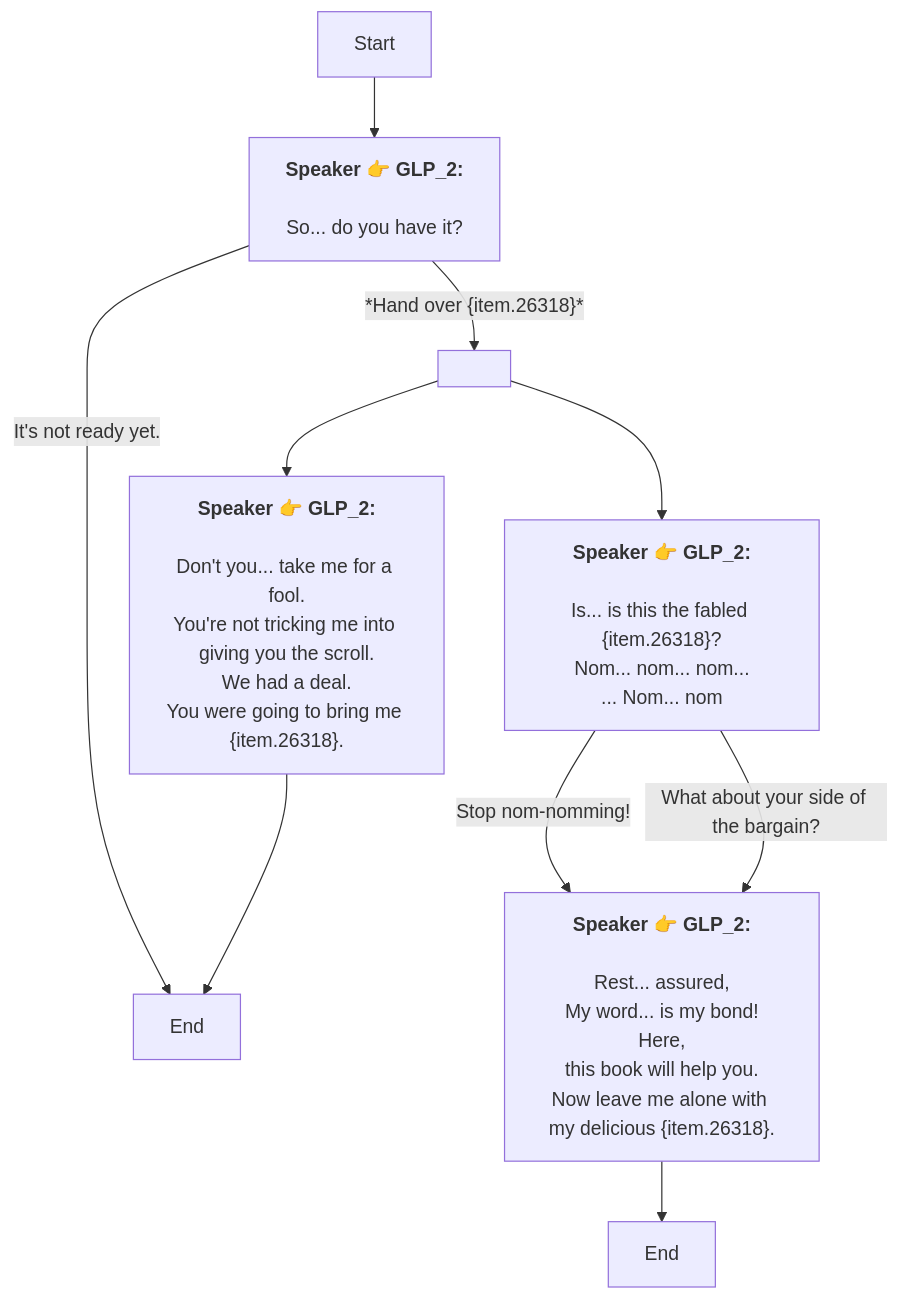
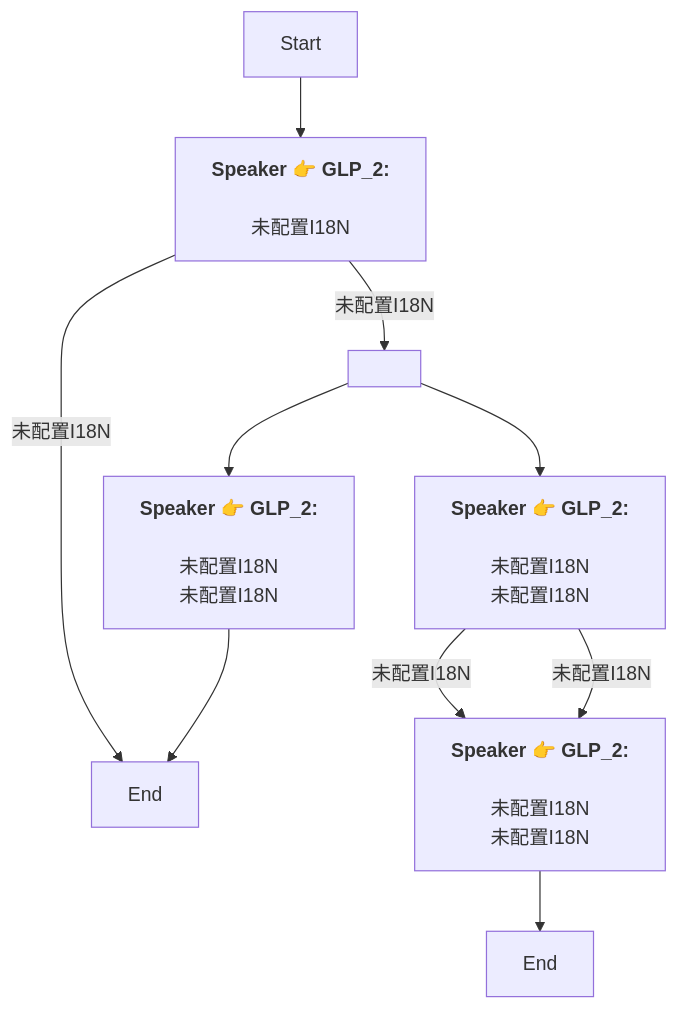
Before and after one commit to SoftHu/tos_avg: the diagram in En/QuestNPCDeliveryENode_1762067301250833.md, drawn with Mermaid. The commit also changed 730 other files, not shown here.

````diff
--- a/En/QuestNPCDeliveryENode_1762067301250833.md
+++ b/En/QuestNPCDeliveryENode_1762067301250833.md
@@ -1,27 +1,18 @@
 ```mermaid
 graph
 Start -->1762069650172705[<b>Speaker 👉 GLP_2:</b>
-\nSo... do you have it?]
-1762069650172705 -->|It's not ready yet.|1762068838364960[End]
-1762069650172705 -->|*Hand over &lbrace;item.26318&rbrace;*|1762068673981213[ ]
+\n未配置I18N]
+1762069650172705 -->|未配置I18N|1762068838364960[End]
+1762069650172705 -->|未配置I18N|1762068673981213[ ]
 1762068673981213 -->1762068724088607[<b>Speaker 👉 GLP_2:</b>
-\nDon't you... take me for a fool.
-You're not tricking me into giving you the scroll.\nWe had a deal.
-You were going to bring me &lbrace;item.26318&rbrace;.]
+\n未配置I18N\n未配置I18N]
 1762068673981213 -->1762067883431701[<b>Speaker 👉 GLP_2:</b>
-\nIs... is this the fabled &lbrace;item.26318&rbrace;?\nNom... nom... nom...
-... Nom... nom]
-1762067883431701 -->|Stop nom-nomming!|1762068295738139[<b>Speaker 👉 GLP_2:</b>
-\nRest... assured,
-My word... is my bond!\nHere,
-this book will help you.
-Now leave me alone with my delicious &lbrace;item.26318&rbrace;.]
-1762067883431701 -->|What about your side of the bargain?|1762068295738139[<b>Speaker 👉 GLP_2:</b>
-\nRest... assured,
-My word... is my bond!\nHere,
-this book will help you.
-Now leave me alone with my delicious &lbrace;item.26318&rbrace;.]
+\n未配置I18N\n未配置I18N]
+1762067883431701 -->|未配置I18N|1762068295738139[<b>Speaker 👉 GLP_2:</b>
+\n未配置I18N\n未配置I18N]
+1762067883431701 -->|未配置I18N|1762068295738139[<b>Speaker 👉 GLP_2:</b>
+\n未配置I18N\n未配置I18N]
 1762068295738139 -->1762068710496030[End]
 1762068724088607 -->1762068838364960[End]
 
 ```
````
